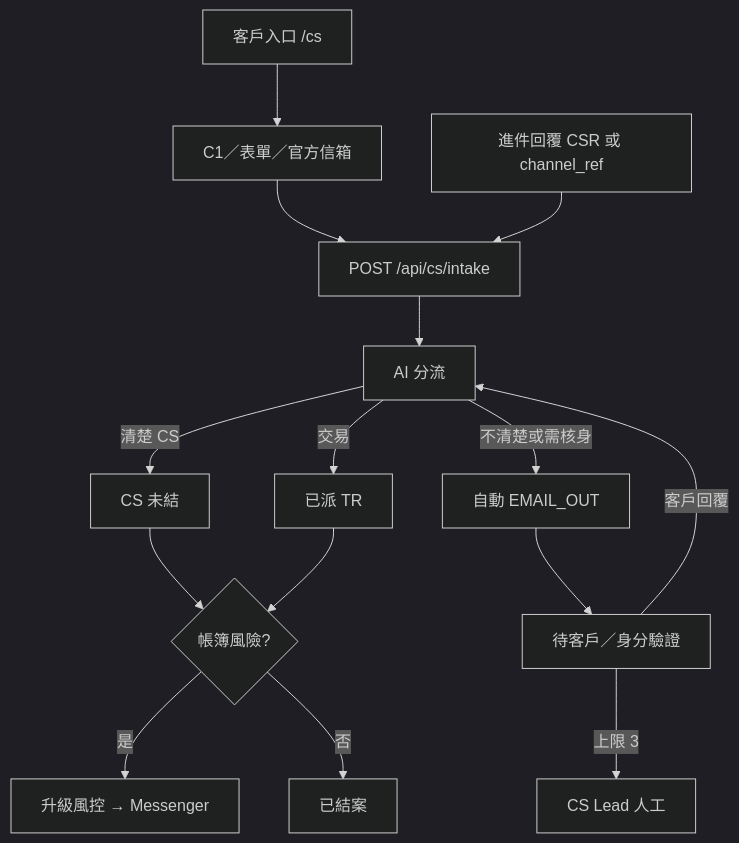
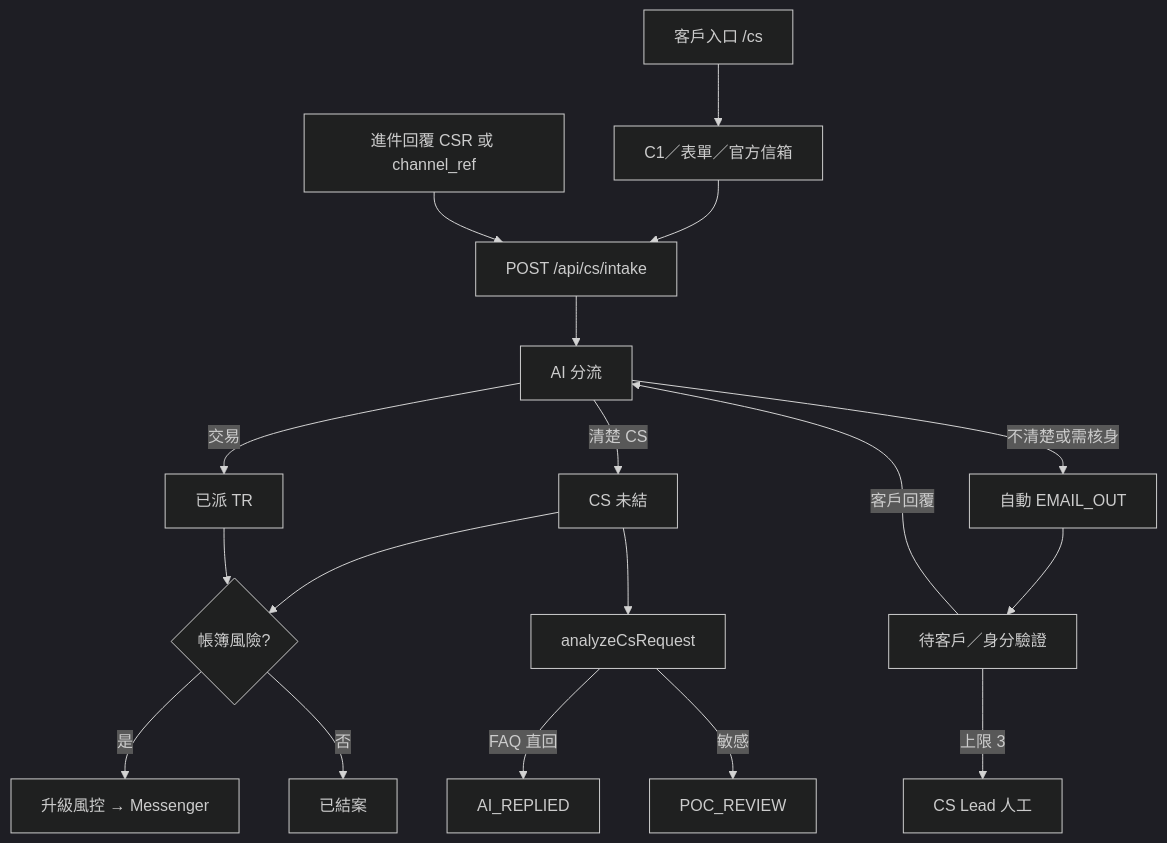
The seventh of 11 diagrams in platform/docs/TSD.zh-Hant.md (hxyan2020/PRD), drawn with Mermaid (dark theme) before and after one commit. The commit also changed other lines of this file and 39 other files, not shown here.

First line of the commit message:
Add CS/TR categorize, severity, AI solution and POC review after collected facts.

````diff
--- a/platform/docs/TSD.zh-Hant.md
+++ b/platform/docs/TSD.zh-Hant.md
@@ -762,17 +762,20 @@
 ```mermaid
 graph TD
   In[C1／表單／官方信箱] --> API[POST /api/cs/intake]
   Portal[客戶入口 /cs] --> In
   Reply[進件回覆 CSR 或 channel_ref] --> API
   API --> Triage[AI 分流]
   Triage -->|清楚 CS| Open[CS 未結]
   Triage -->|交易| TR[已派 TR]
   Triage -->|不清楚或需核身| Mail[自動 EMAIL_OUT]
   Mail --> Wait[待客戶／身分驗證]
   Wait -->|客戶回覆| Triage
   Wait -->|上限 3| Lead[CS Lead 人工]
   Open --> Risk{帳簿風險?}
   TR --> Risk
   Risk -->|是| Esc[升級風控 → Messenger]
   Risk -->|否| Done[已結案]
+  Open --> Analyze[analyzeCsRequest]
+  Analyze -->|FAQ 直回| Replied[AI_REPLIED]
+  Analyze -->|敏感| Poc[POC_REVIEW]
 ```
````
